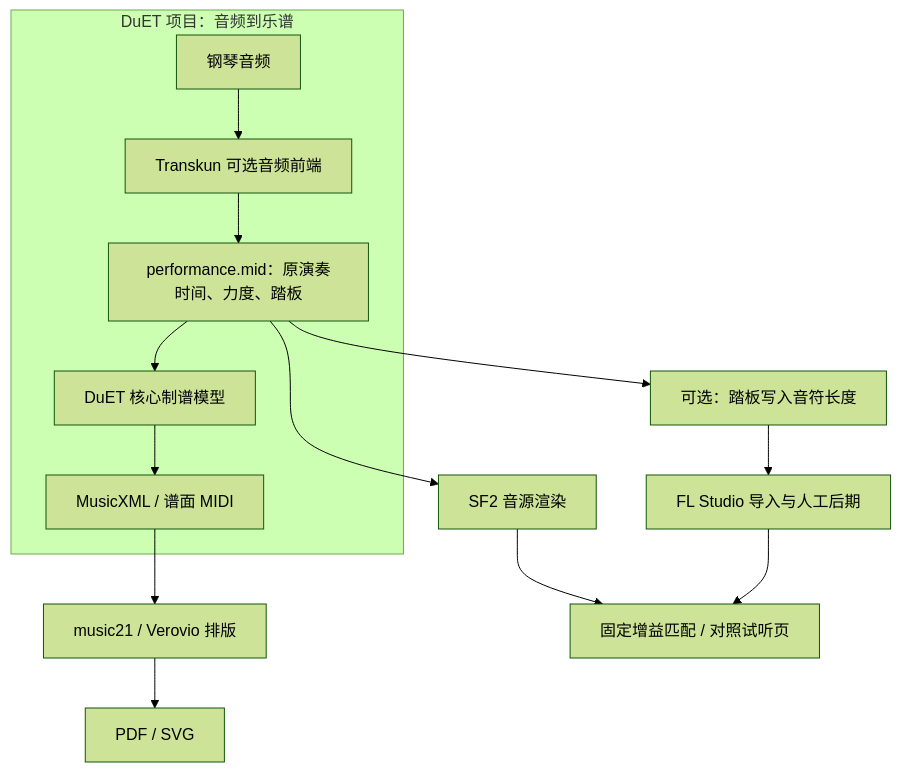
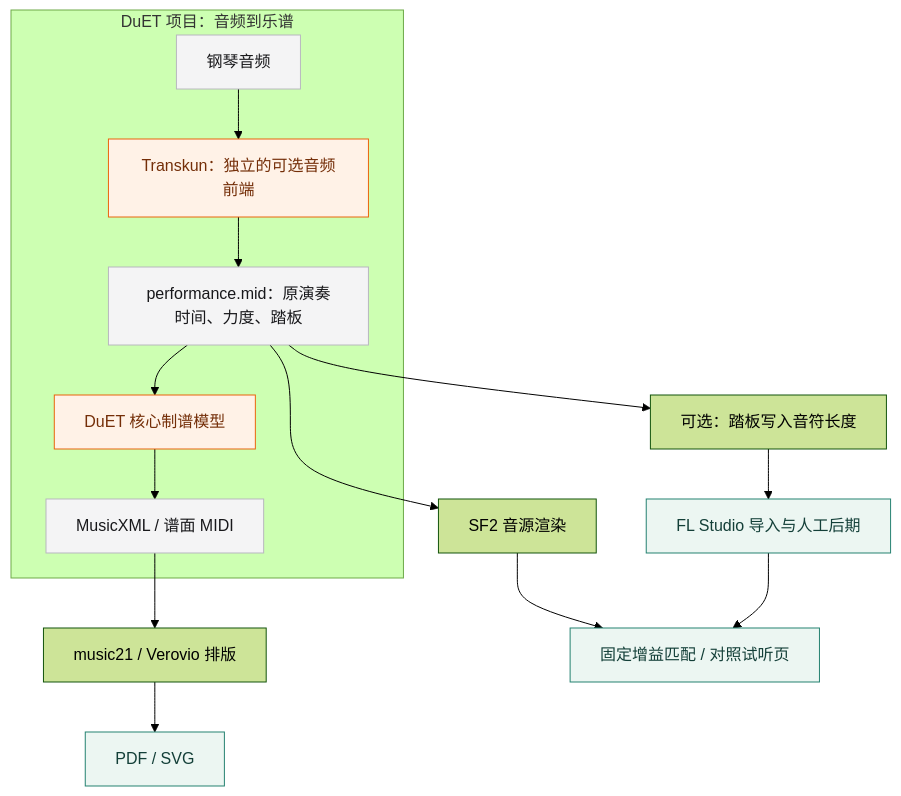
One commit to Puiching-Memory/piano-workbench changed the diagram in README.md. Above: the diagram before and after it, drawn with Mermaid (forest theme). The commit also changed other lines of this file and 5 other files, not shown here.

````diff
--- a/README.md
+++ b/README.md
@@ -13,16 +49,22 @@
 ```mermaid
 flowchart TD
   subgraph DUET[DuET 项目：音频到乐谱]
-    A[钢琴音频] --> T[Transkun 可选音频前端]
+    A[钢琴音频] --> T[Transkun：独立的可选音频前端]
     T --> M[performance.mid：原演奏时间、力度、踏板]
     M --> D[DuET 核心制谱模型]
     D --> X[MusicXML / 谱面 MIDI]
   end
   X --> E[music21 / Verovio 排版]
   E --> P[PDF / SVG]
   M --> S[SF2 音源渲染]
   S --> C[固定增益匹配 / 对照试听页]
   M --> B[可选：踏板写入音符长度]
   B --> F[FL Studio 导入与人工后期]
   F --> C
+  classDef source fill:#f4f4f5,stroke:#b8b8bf,color:#18181b
+  classDef model fill:#fff2e7,stroke:#ea650d,color:#742e08
+  classDef output fill:#ecf6f2,stroke:#258271,color:#133f38
+  class A,M,X source
+  class T,D model
+  class P,C,F output
 ```
````
